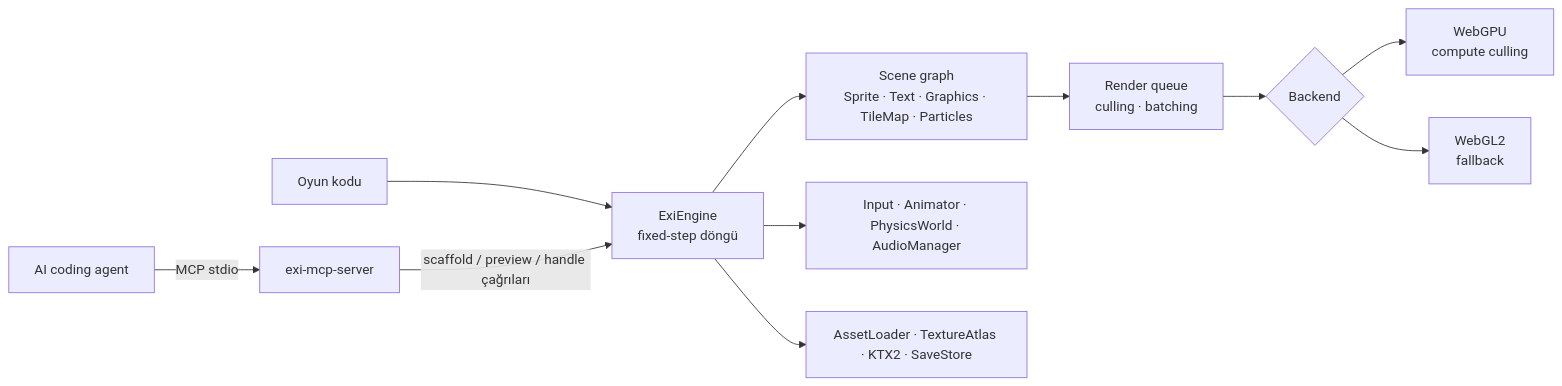
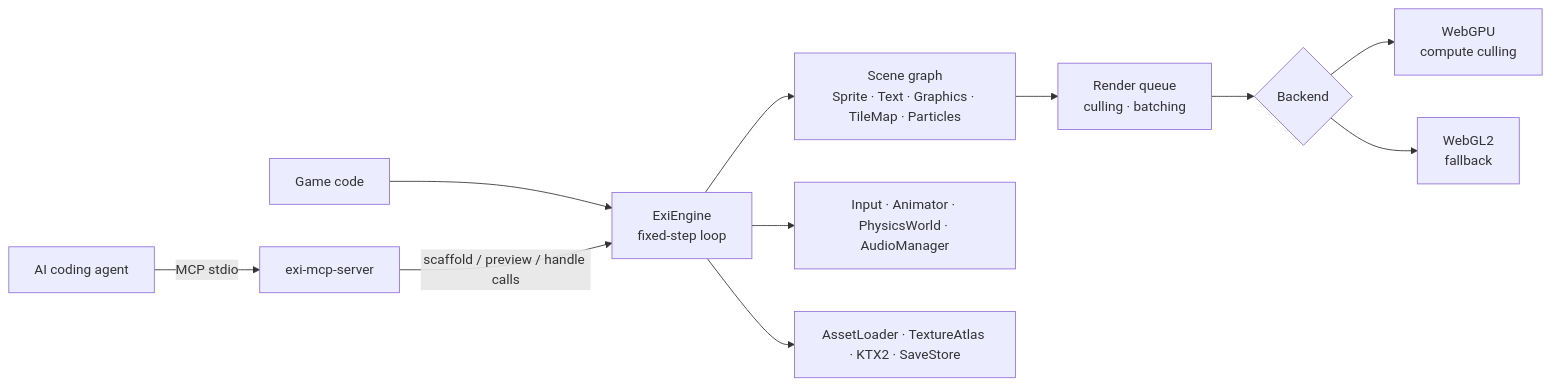
One commit to ozkantasli/ExiEngine changed the diagram in README.md. Above: the diagram before and after it, drawn with Mermaid. The commit also changed other lines of this file and 2 other files, not shown here.

````diff
--- a/README.md
+++ b/README.md
@@ -100,13 +101,13 @@
 ```mermaid
 flowchart LR
-  Game[Oyun kodu] --> Engine[ExiEngine<br/>fixed-step döngü]
+  Game[Game code] --> Engine[ExiEngine<br/>fixed-step loop]
   Agent[AI coding agent] -- MCP stdio --> Bridge[exi-mcp-server]
-  Bridge -- scaffold / preview / handle çağrıları --> Engine
+  Bridge -- scaffold / preview / handle calls --> Engine
   Engine --> Scene[Scene graph<br/>Sprite · Text · Graphics · TileMap · Particles]
   Engine --> Systems[Input · Animator · PhysicsWorld · AudioManager]
   Engine --> Assets[AssetLoader · TextureAtlas · KTX2 · SaveStore]
   Scene --> Queue[Render queue<br/>culling · batching]
   Queue --> GPU{Backend}
   GPU --> WebGPU[WebGPU<br/>compute culling]
   GPU --> WebGL2[WebGL2<br/>fallback]
 ```
````
